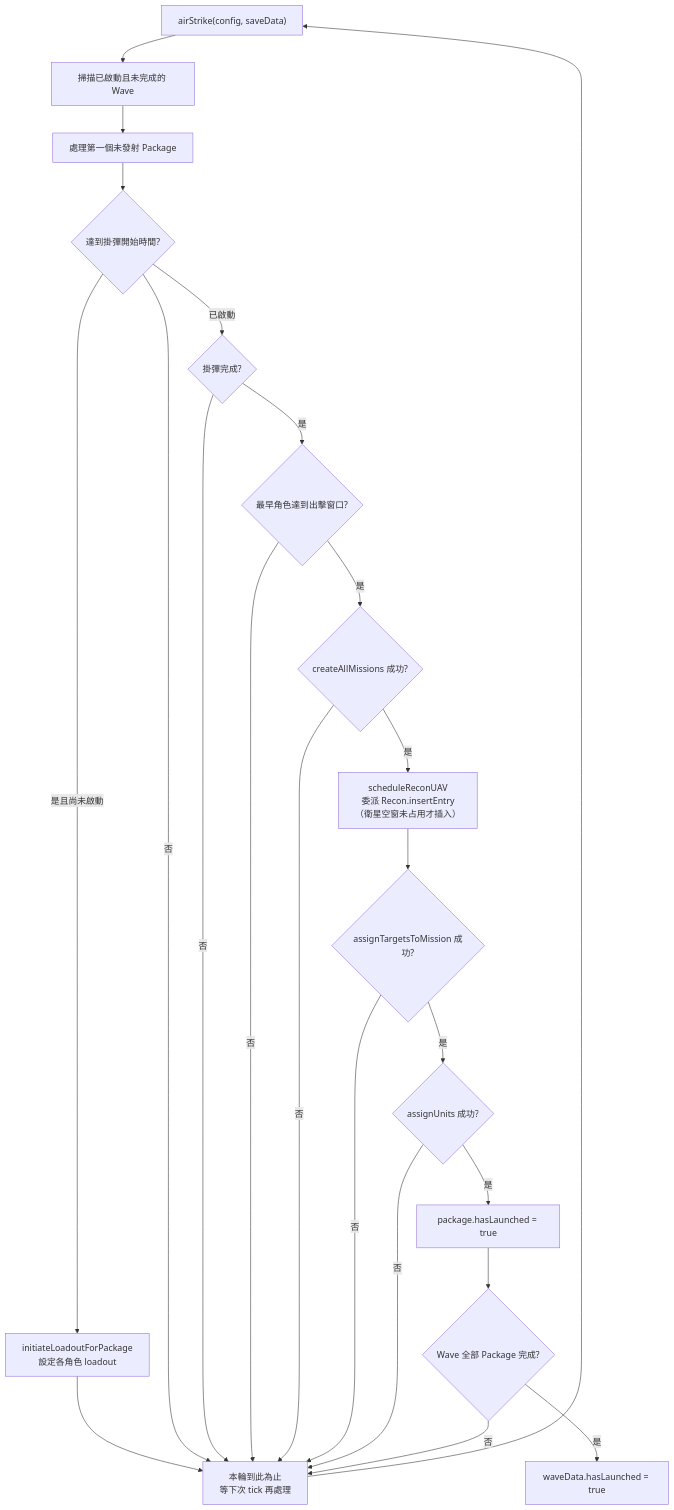
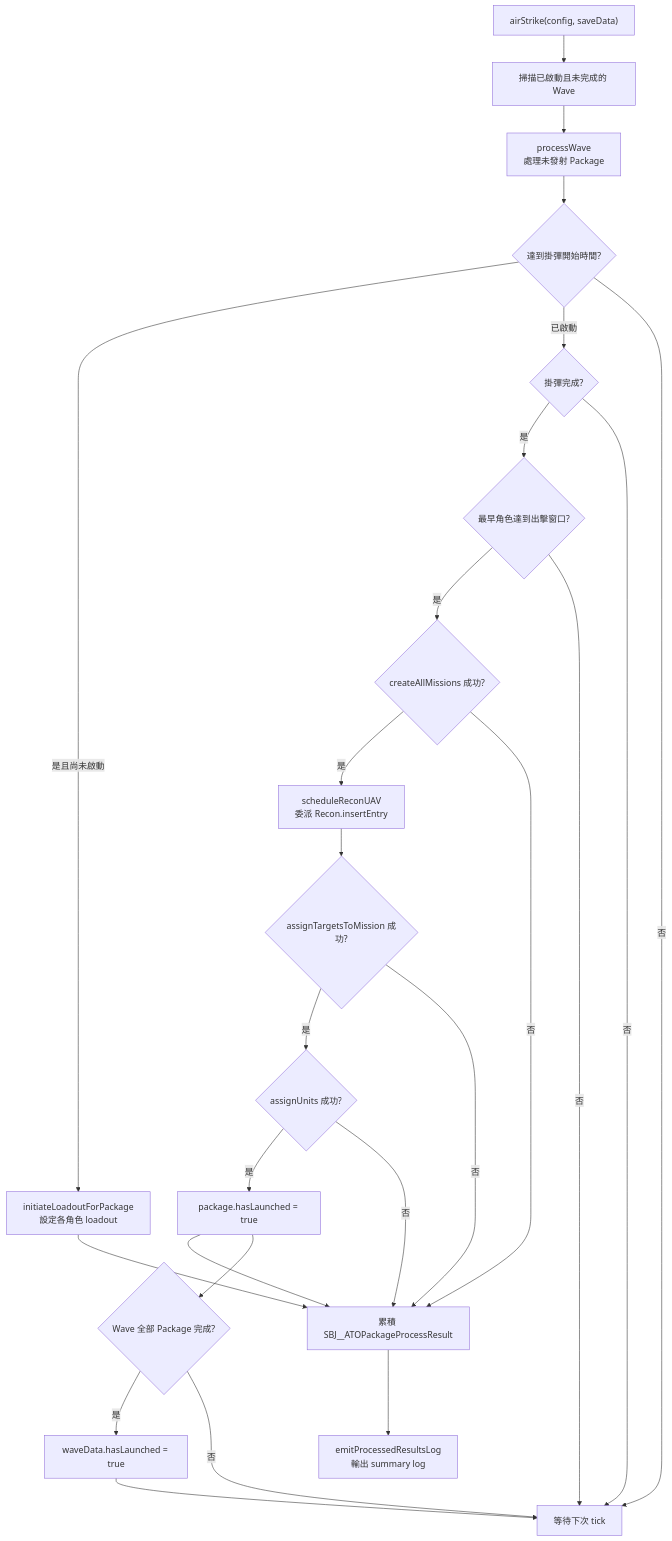
One commit to pullupjumper/formosa-in-flames changed the first of 2 diagrams in docs/strikePlanner/airTaskingOrder.md. Above: the diagram before and after it, drawn with Mermaid. The commit also changed other lines of this file and 7 other files, not shown here.

````diff
--- a/docs/strikePlanner/airTaskingOrder.md
+++ b/docs/strikePlanner/airTaskingOrder.md
@@ -23,36 +46,40 @@
 ```mermaid
 flowchart TD
     START["airStrike(config, saveData)"]
     WAVE["掃描已啟動且未完成的 Wave"]
-    PKG["處理第一個未發射 Package"]
+    PKG["processWave<br>處理未發射 Package"]
     LOADOUT_TIME{"達到掛彈開始時間?"}
     INIT_LOADOUT["initiateLoadoutForPackage<br>設定各角色 loadout"]
     LOADOUT_READY{"掛彈完成?"}
     TAKEOFF_TIME{"最早角色達到出擊窗口?"}
     MISSIONS{"createAllMissions 成功?"}
-    RECON["scheduleReconUAV<br>委派 Recon.insertEntry<br>（衛星空窗未占用才插入）"]
+    RECON["scheduleReconUAV<br>委派 Recon.insertEntry"]
     TARGETS{"assignTargetsToMission 成功?"}
     UNITS{"assignUnits 成功?"}
     LAUNCHED["package.hasLaunched = true"]
     DONE{"Wave 全部 Package 完成?"}
     WAVE_DONE["waveData.hasLaunched = true"]
-    WAIT["本輪到此為止<br>等下次 tick 再處理"]
+    RESULT["累積 SBJ__ATOPackageProcessResult"]
+    LOG["emitProcessedResultsLog<br>輸出 summary log"]
+    WAIT["等待下次 tick"]
 
     START --> WAVE --> PKG --> LOADOUT_TIME
-    LOADOUT_TIME -->|是且尚未啟動| INIT_LOADOUT --> WAIT
+    LOADOUT_TIME -->|是且尚未啟動| INIT_LOADOUT --> RESULT
     LOADOUT_TIME -->|已啟動| LOADOUT_READY
     LOADOUT_READY -->|是| TAKEOFF_TIME
     TAKEOFF_TIME -->|是| MISSIONS
     MISSIONS -->|是| RECON --> TARGETS
     TARGETS -->|是| UNITS
-    UNITS -->|是| LAUNCHED --> DONE
+    UNITS -->|是| LAUNCHED --> RESULT
+    LAUNCHED --> DONE
     DONE -->|是| WAVE_DONE
     LOADOUT_TIME -->|否| WAIT
     LOADOUT_READY -->|否| WAIT
     TAKEOFF_TIME -->|否| WAIT
-    MISSIONS -->|否| WAIT
-    TARGETS -->|否| WAIT
-    UNITS -->|否| WAIT
+    MISSIONS -->|否| RESULT
+    TARGETS -->|否| RESULT
+    UNITS -->|否| RESULT
     DONE -->|否| WAIT
-    WAIT --> START
+    RESULT --> LOG
+    WAVE_DONE --> WAIT
 ```
````
